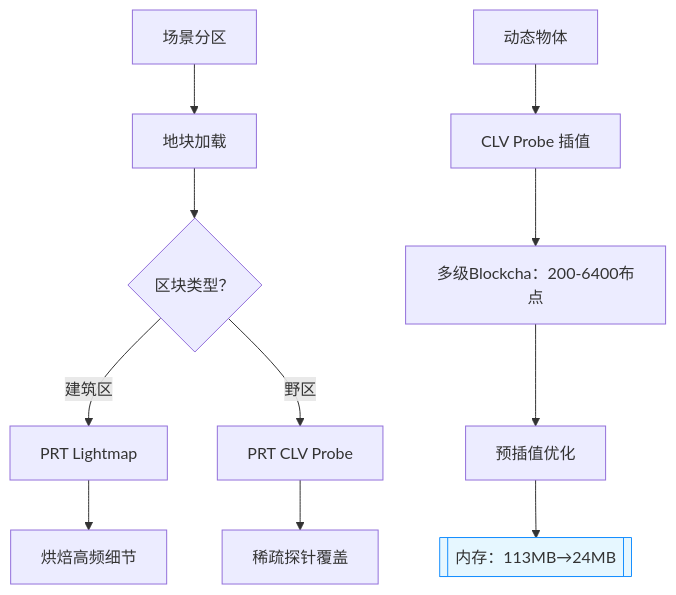
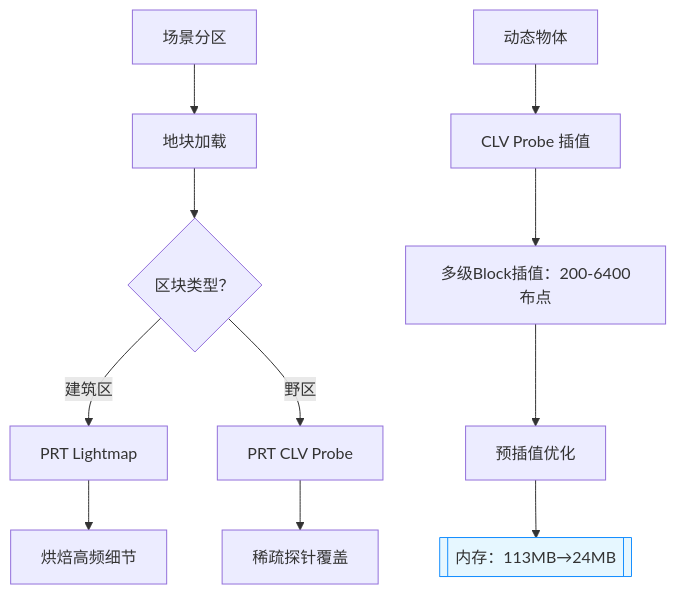
Before and after one commit to archieluan/iodraw-files: the diagram in all/未命名-4.md, drawn with Mermaid.

Commit message:
2025-06-13 15:59:12 update

````diff
--- a/all/未命名-4.md
+++ b/all/未命名-4.md
@@ -1,14 +1,14 @@
 ```mermaid
 graph TD
     A[场景分区] --> B[地块加载]
     B --> C{区块类型？}
     C -->|建筑区| D[PRT Lightmap]
     C -->|野区| E[PRT CLV Probe]
     D --> F[烘焙高频细节]
     E --> G[稀疏探针覆盖]
     H[动态物体] --> I[CLV Probe 插值]
-    I --> J[多级Blockcha：200-6400布点]
+    I --> J[多级Block插值：200-6400布点]
     J --> K[预插值优化]
     K --> L[[内存：113MB→24MB]]
     style L fill:#e6f7ff,stroke:#1890ff
 ```
````
